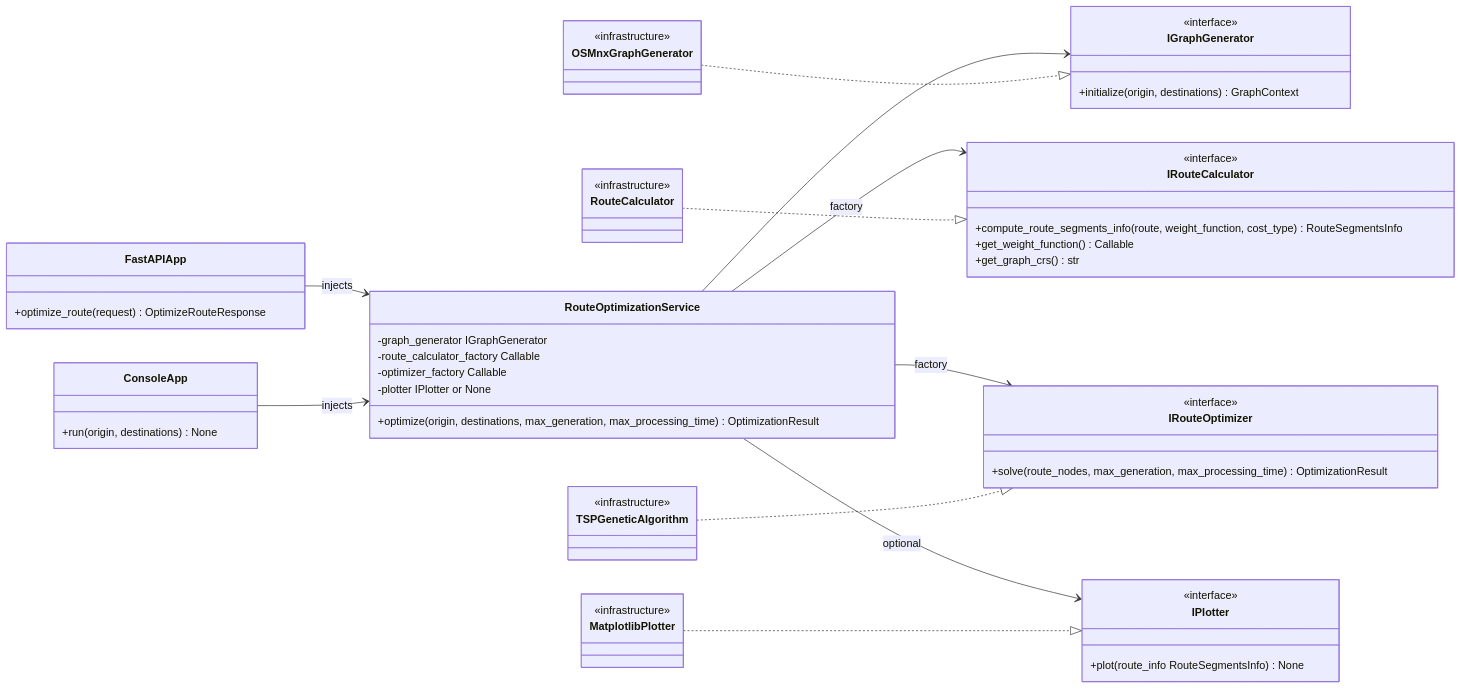
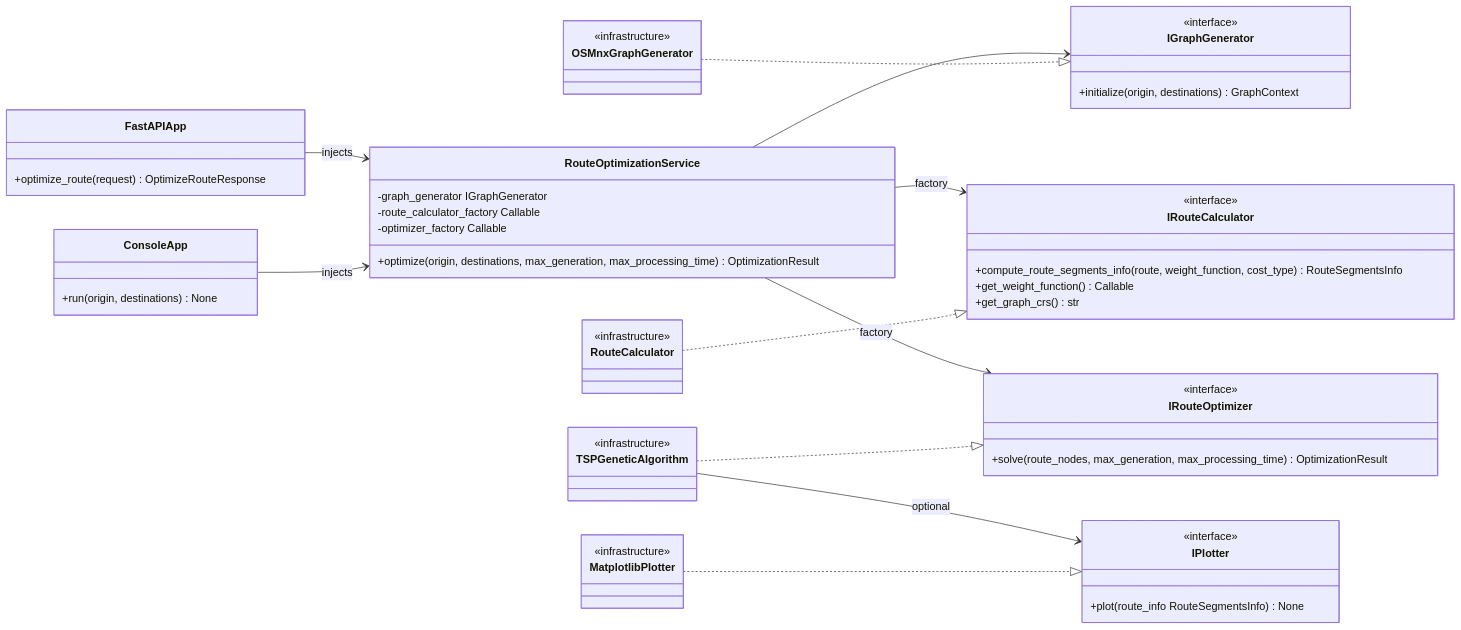
One commit to luizaaca/api_best_route changed the third of 3 diagrams in architecture.md. Above: the diagram before and after it, drawn with Mermaid. The commit also changed other lines of this file and 6 other files, not shown here.

Commit message:
feat: Enhance TSPGeneticAlgorithm with plotter support and refactor RouteOptimizationService

````diff
--- a/architecture.md
+++ b/architecture.md
@@ -250,60 +255,59 @@
 ```mermaid
 classDiagram
     direction LR
 
     class IGraphGenerator {
         <<interface>>
         +initialize(origin, destinations) GraphContext
     }
 
     class IRouteCalculator {
         <<interface>>
         +compute_route_segments_info(route, weight_function, cost_type) RouteSegmentsInfo
         +get_weight_function() Callable
         +get_graph_crs() str
     }
 
     class IRouteOptimizer {
         <<interface>>
         +solve(route_nodes, max_generation, max_processing_time) OptimizationResult
     }
 
     class IPlotter {
         <<interface>>
         +plot(route_info RouteSegmentsInfo) None
     }
 
     class OSMnxGraphGenerator { <<infrastructure>> }
     class RouteCalculator { <<infrastructure>> }
     class TSPGeneticAlgorithm { <<infrastructure>> }
     class MatplotlibPlotter { <<infrastructure>> }
 
     class RouteOptimizationService {
         -graph_generator IGraphGenerator
         -route_calculator_factory Callable
         -optimizer_factory Callable
-        -plotter IPlotter or None
         +optimize(origin, destinations, max_generation, max_processing_time) OptimizationResult
     }
 
     class FastAPIApp {
         +optimize_route(request) OptimizeRouteResponse
     }
 
     class ConsoleApp {
         +run(origin, destinations) None
     }
 
     RouteOptimizationService --> IGraphGenerator
     RouteOptimizationService --> IRouteCalculator : factory
     RouteOptimizationService --> IRouteOptimizer : factory
-    RouteOptimizationService --> IPlotter : optional
+    TSPGeneticAlgorithm --> IPlotter : optional
 
     OSMnxGraphGenerator ..|> IGraphGenerator
     RouteCalculator ..|> IRouteCalculator
     TSPGeneticAlgorithm ..|> IRouteOptimizer
     MatplotlibPlotter ..|> IPlotter
 
     FastAPIApp --> RouteOptimizationService : injects
     ConsoleApp --> RouteOptimizationService : injects
 ```
````
